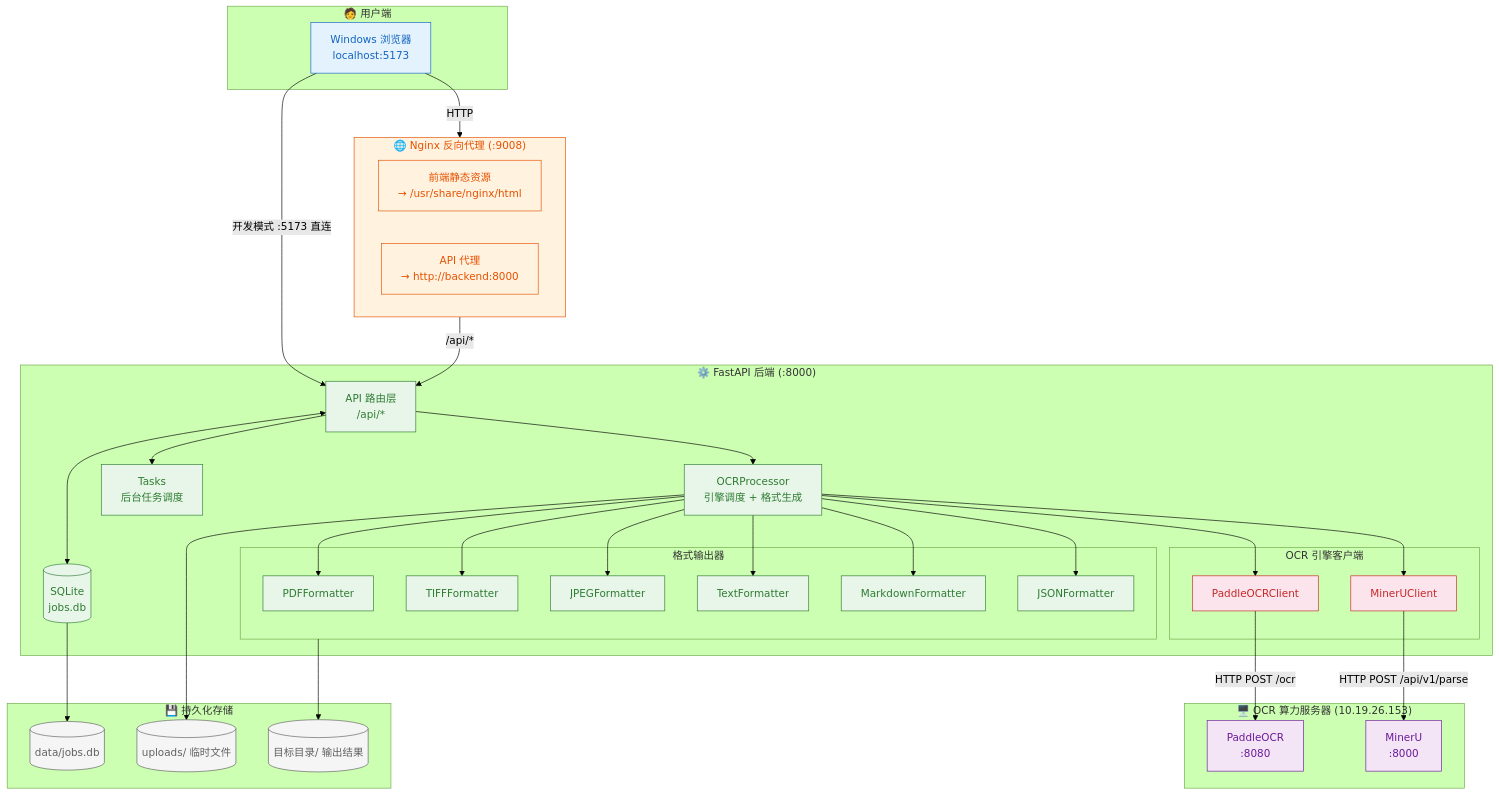
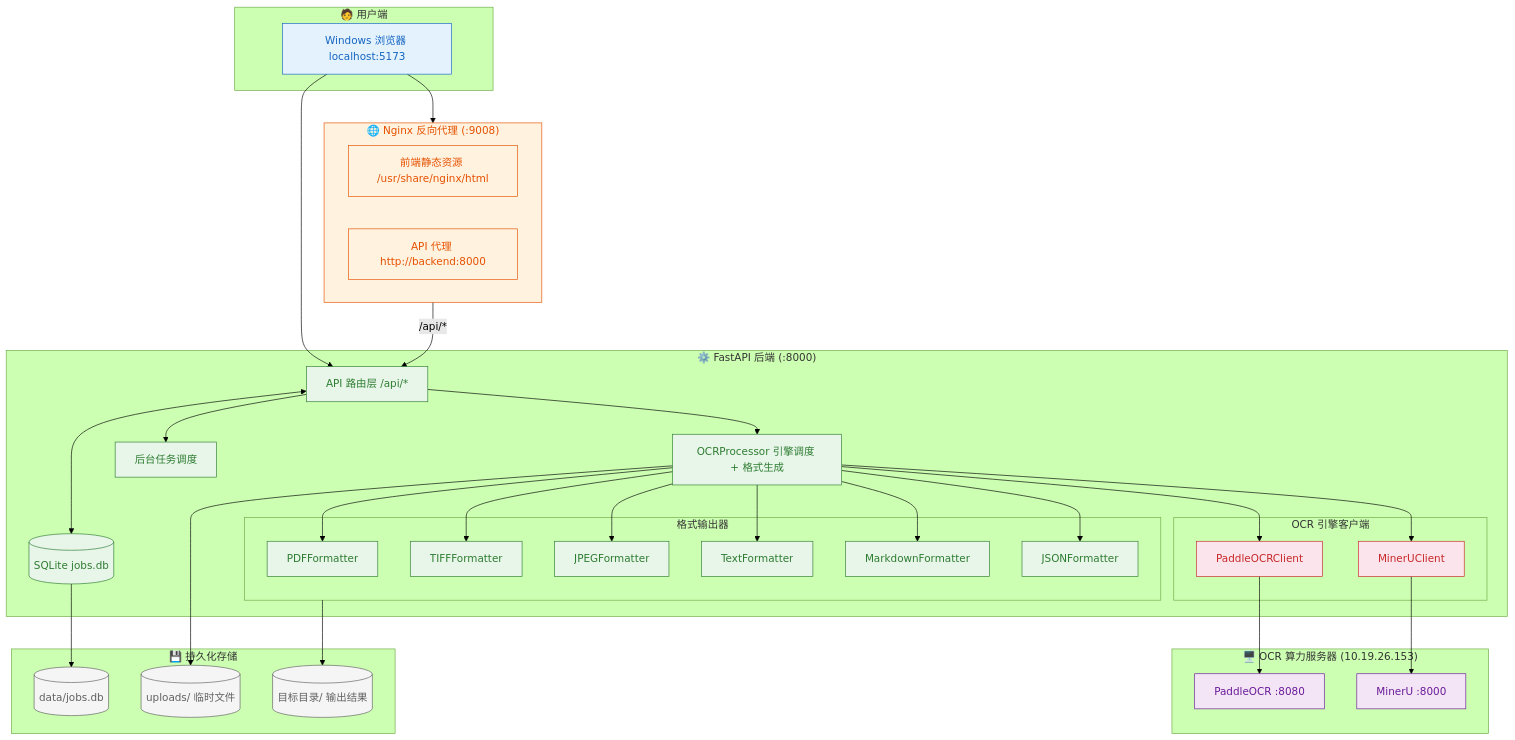
Before and after one commit to Terryhelium/pdf2searchable: the first of 6 diagrams in ARCHITECTURE.md, drawn with Mermaid (forest theme). The commit also changed other lines of this file, not shown here.

First line of the commit message:
fix: make mermaid diagrams compatible with Typora

````diff
--- a/ARCHITECTURE.md
+++ b/ARCHITECTURE.md
@@ -5,18 +5,17 @@
 ```mermaid
 graph TB
     subgraph Client["🧑 用户端"]
-        WB["Windows 浏览器<br/>localhost:5173"]
+        WB["Windows 浏览器 localhost:5173"]
     end
 
     subgraph NginxLayer["🌐 Nginx 反向代理 (:9008)"]
-        direction LR
-        SPA["前端静态资源<br/>→ /usr/share/nginx/html"]
-        API["API 代理<br/>→ http://backend:8000"]
+        SPA["前端静态资源 /usr/share/nginx/html"]
+        API["API 代理 http://backend:8000"]
     end
 
     subgraph Backend["⚙️ FastAPI 后端 (:8000)"]
-        Router["API 路由层<br/>/api/*"]
-        Proc["OCRProcessor<br/>引擎调度 + 格式生成"]
+        Router["API 路由层 /api/*"]
+        Proc["OCRProcessor 引擎调度 + 格式生成"]
 
         subgraph Engines["OCR 引擎客户端"]
             POClient["PaddleOCRClient"]
@@ -32,13 +31,13 @@
             FJSON["JSONFormatter"]
         end
 
-        Database[("SQLite<br/>jobs.db")]
-        Tasks["Tasks<br/>后台任务调度"]
+        Database[("SQLite jobs.db")]
+        Tasks["后台任务调度"]
     end
 
     subgraph OcrServers["🖥️ OCR 算力服务器 (10.19.26.153)"]
-        PO["PaddleOCR<br/>:8080"]
-        MU["MinerU<br/>:8000"]
+        PO["PaddleOCR :8080"]
+        MU["MinerU :8000"]
     end
 
     subgraph Storage["💾 持久化存储"]
@@ -47,9 +46,9 @@
         Results[("目标目录/ 输出结果")]
     end
 
-    WB -->|"HTTP"| NginxLayer
+    WB --> NginxLayer
     NginxLayer -->|"/api/*"| Router
-    WB -->|"开发模式 :5173 直连"| Router
+    WB --> Router
 
     Router --> Proc
     Router --> Tasks
@@ -57,8 +56,8 @@
 
     Proc --> POClient
     Proc --> MUClient
-    POClient -->|"HTTP POST /ocr"| PO
-    MUClient -->|"HTTP POST /api/v1/parse"| MU
+    POClient --> PO
+    MUClient --> MU
 
     Proc --> FPDF
     Proc --> FTIFF
````
